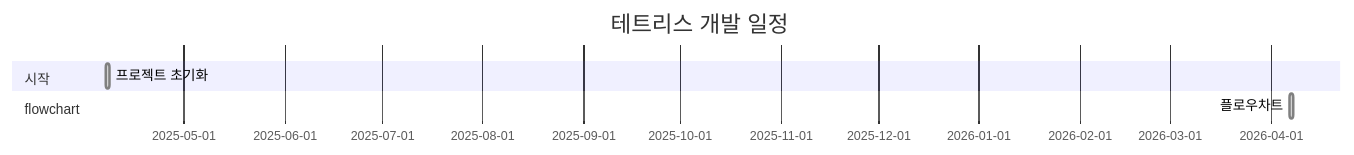
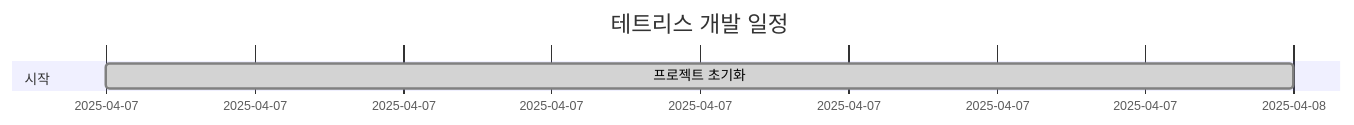
Before and after one commit to Chance031/Tetris-cpp: the diagram in README.md, drawn with Mermaid. The commit also changed other lines of this file, not shown here.

````diff
--- a/README.md
+++ b/README.md
@@ -19,9 +27,7 @@
 ```mermaid
 gantt
     title 테트리스 개발 일정
     dateFormat YYYY-MM-DD
     section 시작
         프로젝트 초기화 :done, init, 2025-04-07, 1d
-    section flowchart
-        플로우차트 :done, t84797, 2026-04-07, 1d
 ```
````
